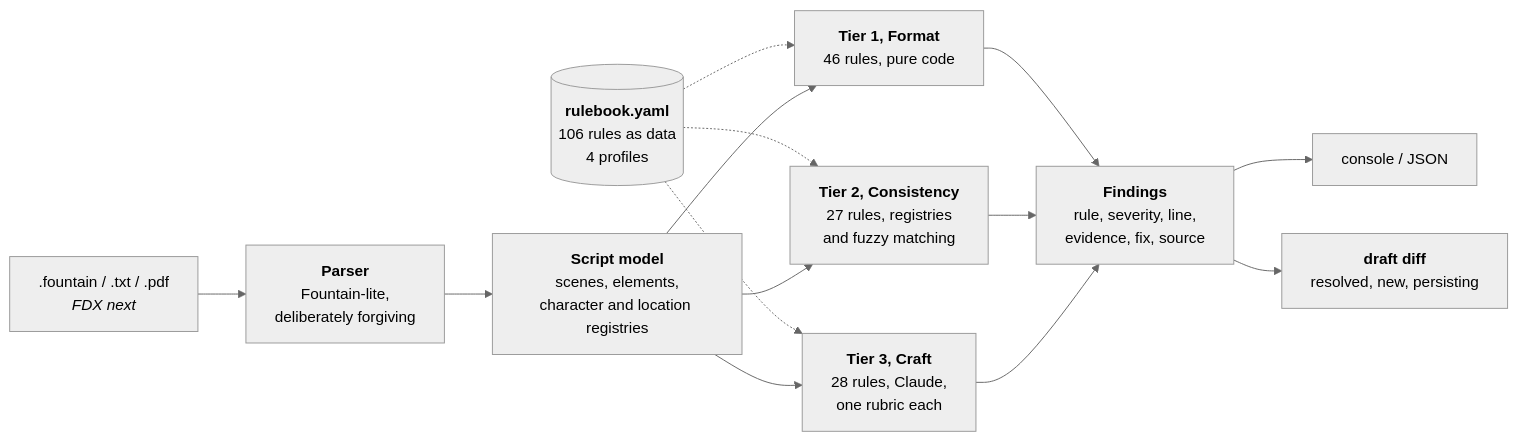
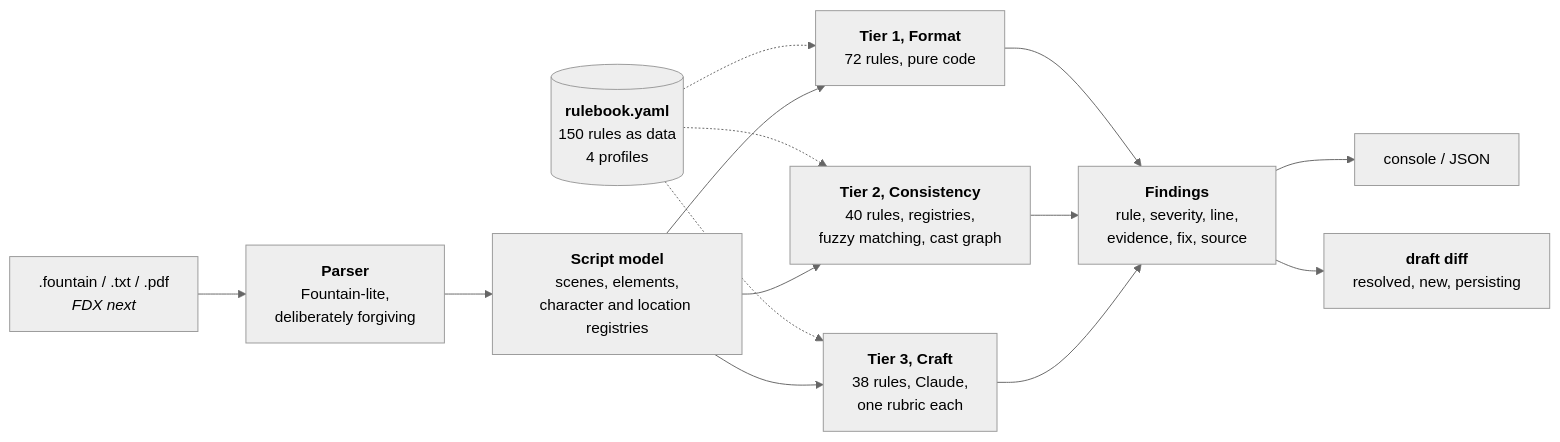
One commit to abhilashbokka/sluglint changed the diagram in README.md. Above: the diagram before and after it, drawn with Mermaid (neutral theme). The commit also changed other lines of this file and 26 other files, not shown here.

````diff
--- a/README.md
+++ b/README.md
@@ -99,12 +106,12 @@
 ```mermaid
 flowchart LR
     IN[".fountain / .txt / .pdf<br/><i>FDX next</i>"] --> P["<b>Parser</b><br/>Fountain-lite,<br/>deliberately forgiving"]
     P --> S["<b>Script model</b><br/>scenes, elements,<br/>character and location registries"]
-    RB[("<b>rulebook.yaml</b><br/>106 rules as data<br/>4 profiles")] -.-> T1 & T2 & T3
-    S --> T1["<b>Tier 1, Format</b><br/>46 rules, pure code"]
-    S --> T2["<b>Tier 2, Consistency</b><br/>27 rules, registries<br/>and fuzzy matching"]
-    S --> T3["<b>Tier 3, Craft</b><br/>28 rules, Claude,<br/>one rubric each"]
+    RB[("<b>rulebook.yaml</b><br/>150 rules as data<br/>4 profiles")] -.-> T1 & T2 & T3
+    S --> T1["<b>Tier 1, Format</b><br/>72 rules, pure code"]
+    S --> T2["<b>Tier 2, Consistency</b><br/>40 rules, registries,<br/>fuzzy matching, cast graph"]
+    S --> T3["<b>Tier 3, Craft</b><br/>38 rules, Claude,<br/>one rubric each"]
     T1 & T2 & T3 --> F["<b>Findings</b><br/>rule, severity, line,<br/>evidence, fix, source"]
     F --> R1["console / JSON"]
     F --> D["<b>draft diff</b><br/>resolved, new, persisting"]
 ```
````
